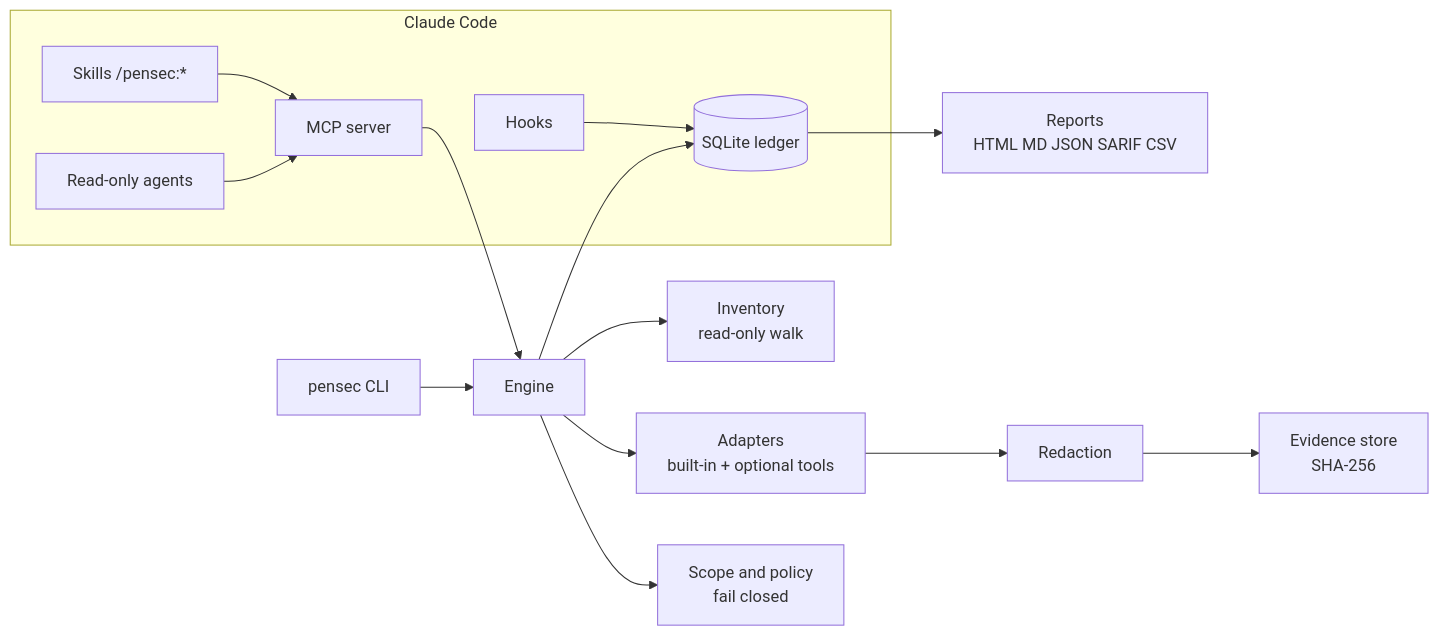
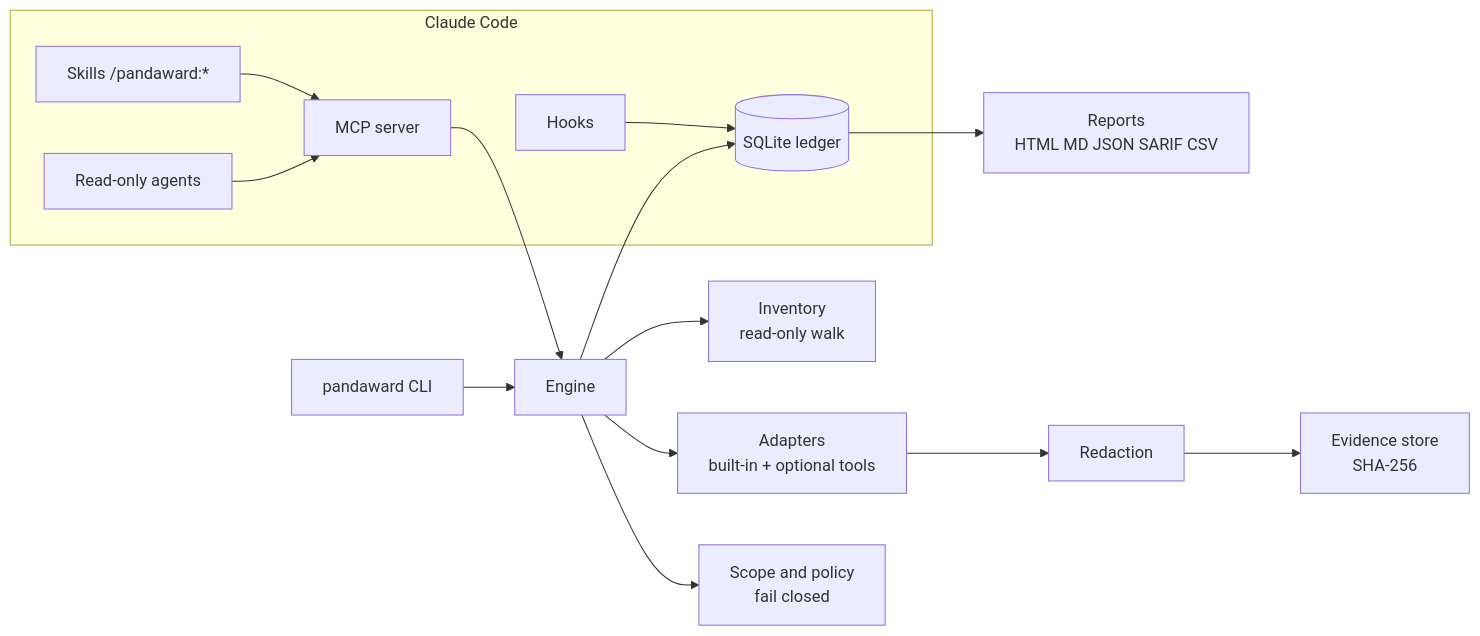
One commit to ratomirjovanovic/pandaward changed the diagram in README.md. Above: the diagram before and after it, drawn with Mermaid. The commit also changed other lines of this file and 151 other files, not shown here.

````diff
--- a/README.md
+++ b/README.md
@@ -149,17 +151,17 @@
 ```mermaid
 flowchart LR
     subgraph Claude Code
-      S[Skills /pensec:*] --> M[MCP server]
+      S[Skills /pandaward:*] --> M[MCP server]
       A[Read-only agents] --> M
       H[Hooks] --> L
     end
-    CLI[pensec CLI] --> E
+    CLI[pandaward CLI] --> E
     M --> E[Engine]
     E --> I[Inventory<br/>read-only walk]
     E --> AD[Adapters<br/>built-in + optional tools]
     E --> P[Scope and policy<br/>fail closed]
     AD --> R[Redaction]
     R --> EV[Evidence store<br/>SHA-256]
     E --> L[(SQLite ledger)]
     L --> RP[Reports<br/>HTML MD JSON SARIF CSV]
 ```
````
